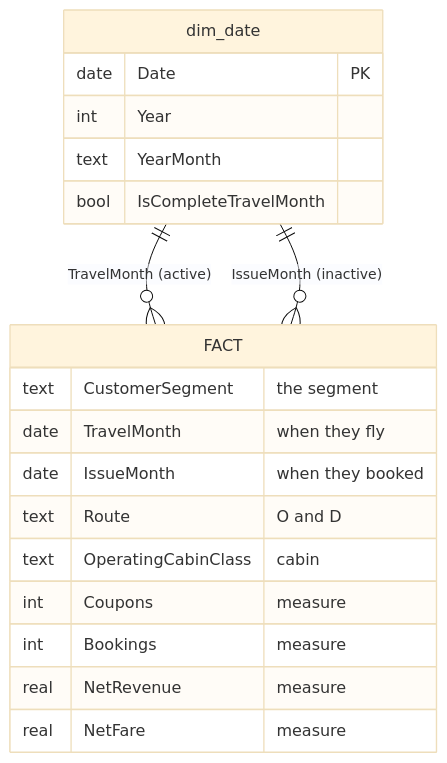
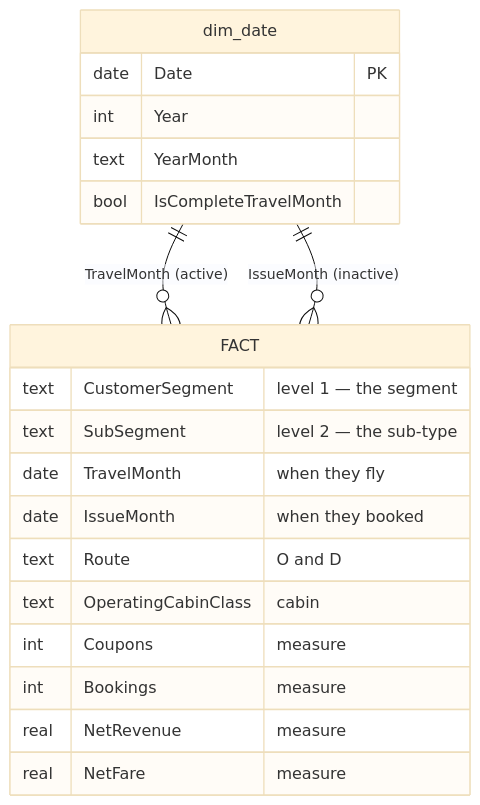
The diagram in docs/powerbi-guide.md (ejbbinaday/pal-customer-segmentation), drawn with Mermaid (base theme) before and after one commit. The commit also changed other lines of this file and 132 other files, not shown here.

````diff
--- a/docs/powerbi-guide.md
+++ b/docs/powerbi-guide.md
@@ -16,23 +16,24 @@
 ```mermaid
 erDiagram
     dim_date ||--o{ FACT : "TravelMonth (active)"
     dim_date ||--o{ FACT : "IssueMonth (inactive)"
 
     dim_date {
         date Date PK
         int  Year
         text YearMonth
         bool IsCompleteTravelMonth
     }
     FACT {
-        text CustomerSegment "the segment"
+        text CustomerSegment "level 1 — the segment"
+        text SubSegment "level 2 — the sub-type"
         date TravelMonth "when they fly"
         date IssueMonth "when they booked"
         text Route "O and D"
         text OperatingCabinClass "cabin"
         int  Coupons "measure"
         int  Bookings "measure"
         real NetRevenue "measure"
         real NetFare "measure"
     }
 ```
````
